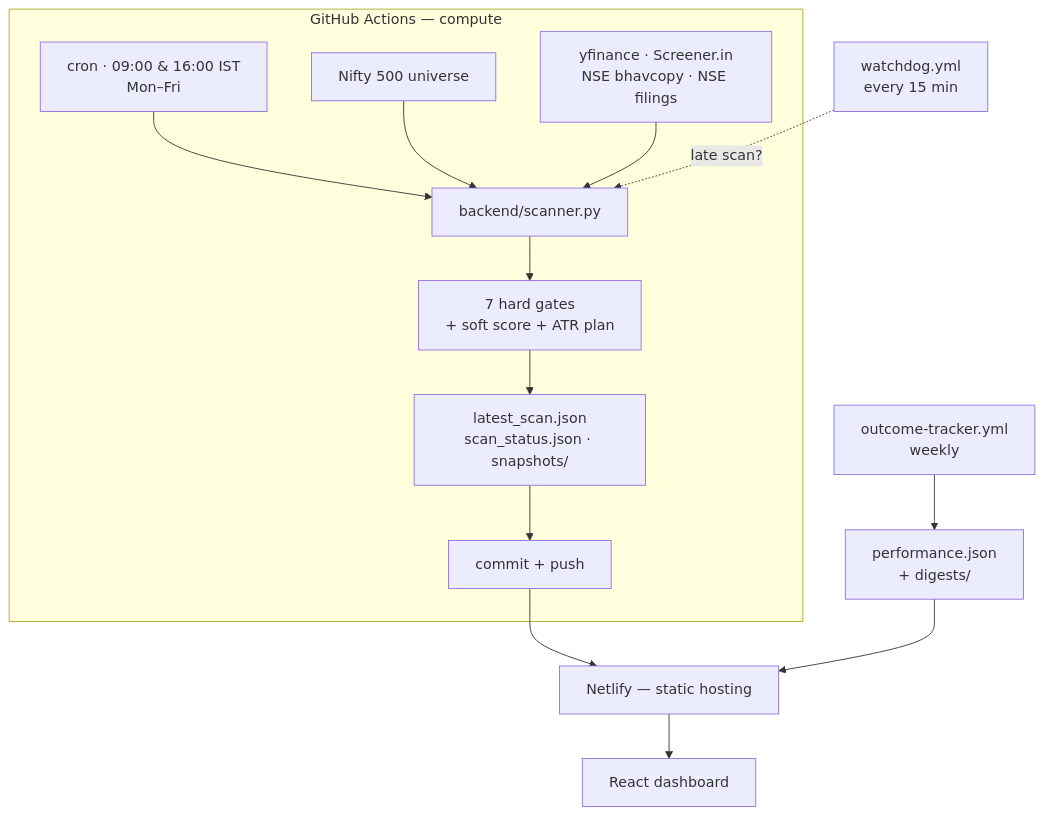
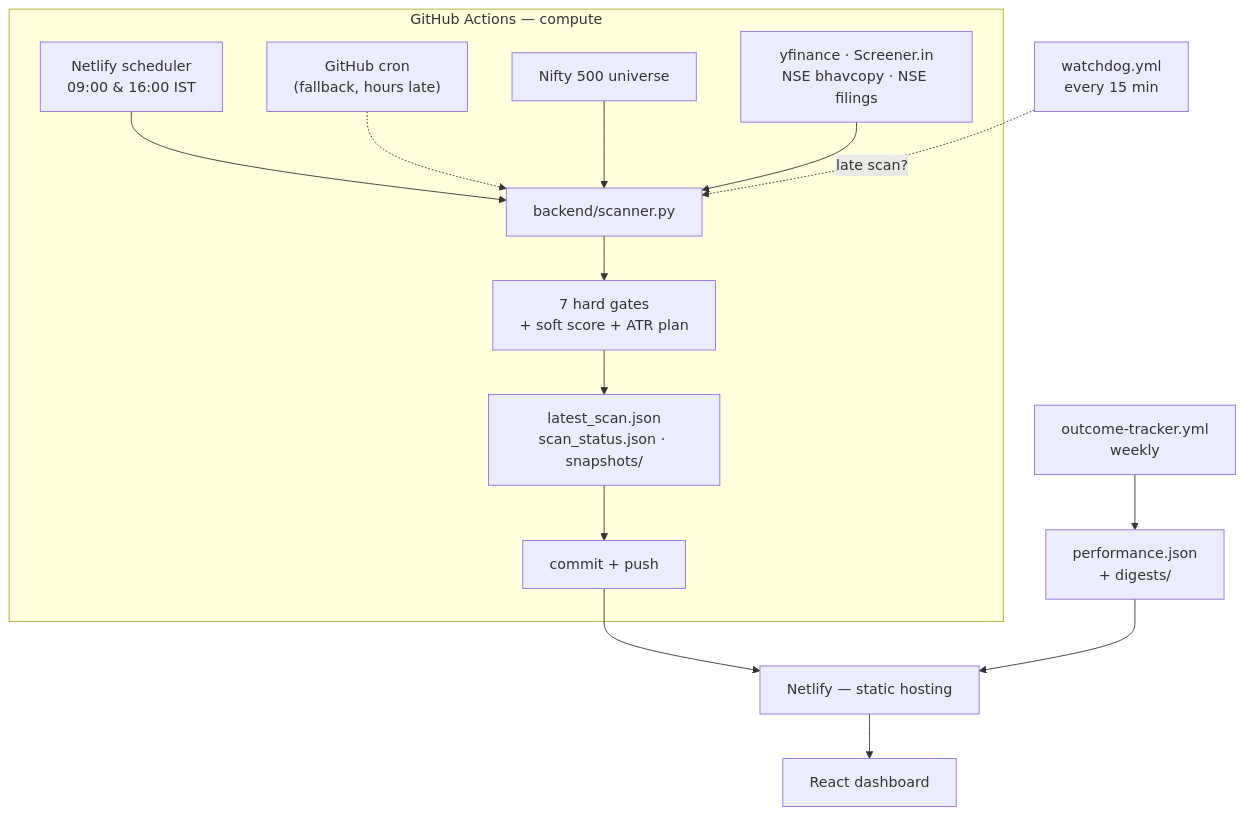
The diagram in README.md (amitashwinibhagat/nse-swing-scanner), drawn with Mermaid before and after one commit. The commit also changed other lines of this file and 78 other files, not shown here.

````diff
--- a/README.md
+++ b/README.md
@@ -114,18 +118,19 @@
 ```mermaid
 flowchart TD
     subgraph GHA["GitHub Actions — compute"]
-        CRON["cron · 09:00 & 16:00 IST<br/>Mon–Fri"] --> SCAN["backend/scanner.py"]
+        CRON["Netlify scheduler<br/>09:00 & 16:00 IST"] --> SCAN["backend/scanner.py"]
+        FALLBACK["GitHub cron<br/>(fallback, hours late)"] -.-> SCAN
         UNI["Nifty 500 universe"] --> SCAN
         SRC["yfinance · Screener.in<br/>NSE bhavcopy · NSE filings"] --> SCAN
         SCAN --> EVAL["7 hard gates<br/>+ soft score + ATR plan"]
         EVAL --> OUT["latest_scan.json<br/>scan_status.json · snapshots/"]
         OUT --> COMMIT["commit + push"]
     end
 
     COMMIT --> NET["Netlify — static hosting"]
     NET --> UI["React dashboard"]
 
     WATCH["watchdog.yml<br/>every 15 min"] -.->|"late scan?"| SCAN
     TRACK["outcome-tracker.yml<br/>weekly"] --> PERF["performance.json<br/>+ digests/"]
     PERF --> NET
 ```
````
